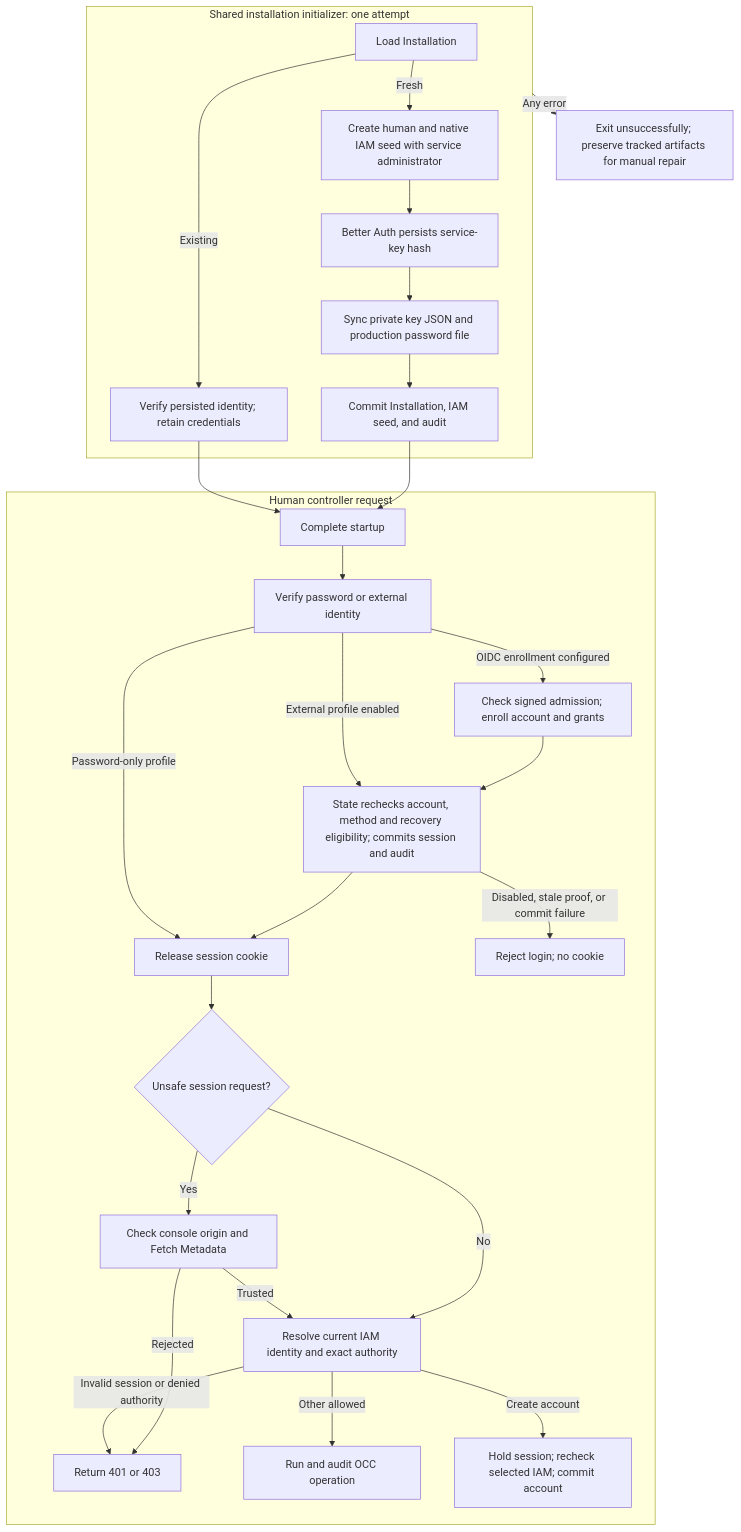
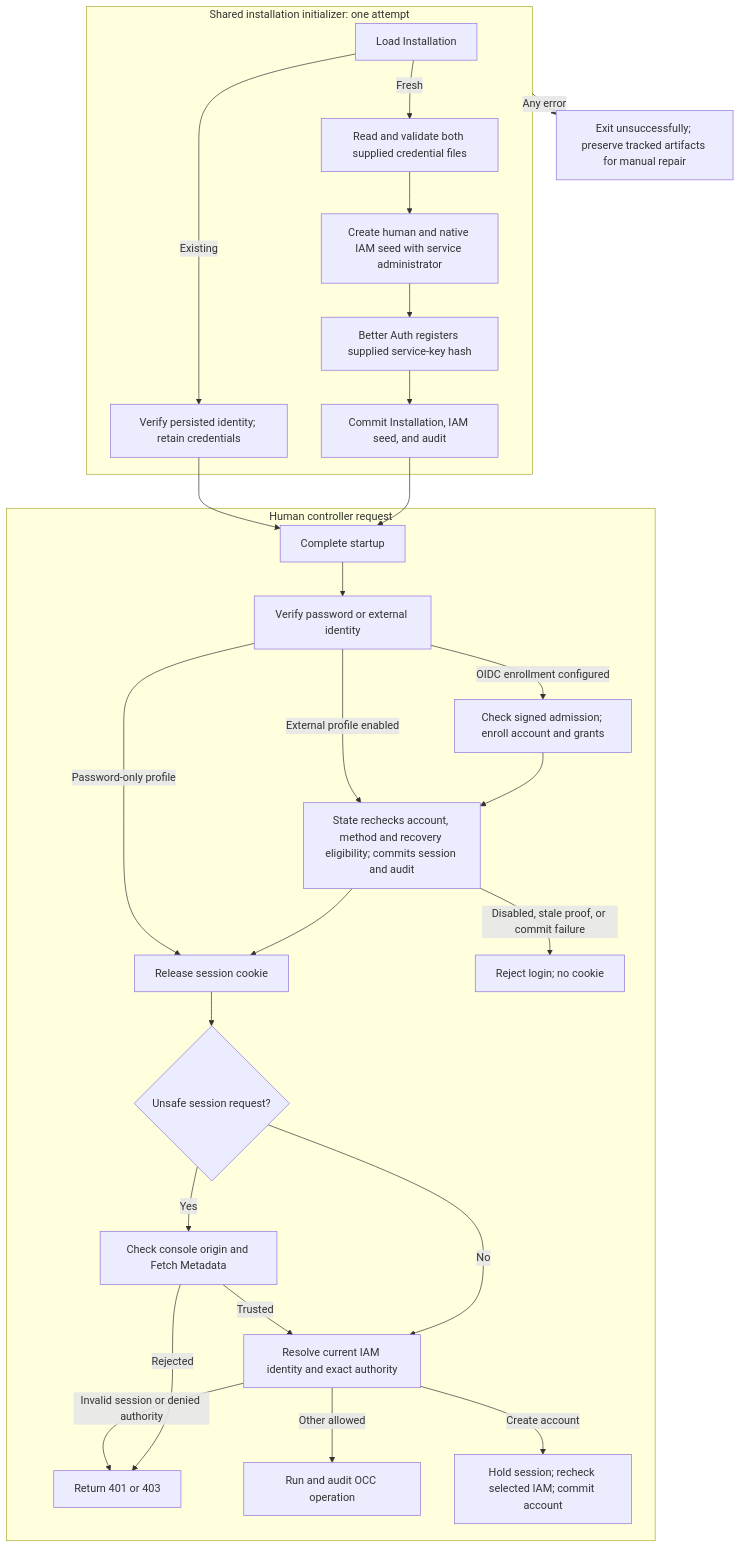
Before and after one commit to openclaw/openclaw-enterprise: the diagram in docs/flows/local-password-authentication.md, drawn with Mermaid. The commit also changed other lines of this file and 119 other files, not shown here.

````diff
--- a/docs/flows/local-password-authentication.md
+++ b/docs/flows/local-password-authentication.md
@@ -30,30 +29,30 @@
 ```mermaid
 graph TD
   subgraph Bootstrap["Shared installation initializer: one attempt"]
     A["Load Installation"] -->|Existing| B["Verify persisted identity; retain credentials"]
-    A -->|Fresh| C["Create human and native IAM seed with service administrator"]
-    C --> D["Better Auth persists service-key hash"]
-    D --> E["Sync private key JSON and production password file"]
-    E --> F["Commit Installation, IAM seed, and audit"]
+    A -->|Fresh| I["Read and validate both supplied credential files"]
+    I --> C["Create human and native IAM seed with service administrator"]
+    C --> D["Better Auth registers supplied service-key hash"]
+    D --> F["Commit Installation, IAM seed, and audit"]
   end
   F --> G["Complete startup"]
   B --> G
   Bootstrap -->|Any error| H["Exit unsuccessfully; preserve tracked artifacts for manual repair"]
   subgraph Request["Human controller request"]
     G --> P["Verify password or external identity"]
     P -->|OIDC enrollment configured| T["Check signed admission; enroll account and grants"]
     T --> Q
     P -->|External profile enabled| Q["State rechecks account, method and recovery eligibility; commits session and audit"]
     Q --> J["Release session cookie"]
     P -->|Password-only profile| J
     Q -->|Disabled, stale proof, or commit failure| R["Reject login; no cookie"]
     J --> N{"Unsafe session request?"}
     N -->|Yes| O["Check console origin and Fetch Metadata"]
     N -->|No| K["Resolve current IAM identity and exact authority"]
     O -->|Trusted| K
     O -->|Rejected| M
     K -->|Other allowed| L["Run and audit OCC operation"]
     K -->|Create account| U["Hold session; recheck selected IAM; commit account"]
     K -->|Invalid session or denied authority| M["Return 401 or 403"]
   end
 ```
````
